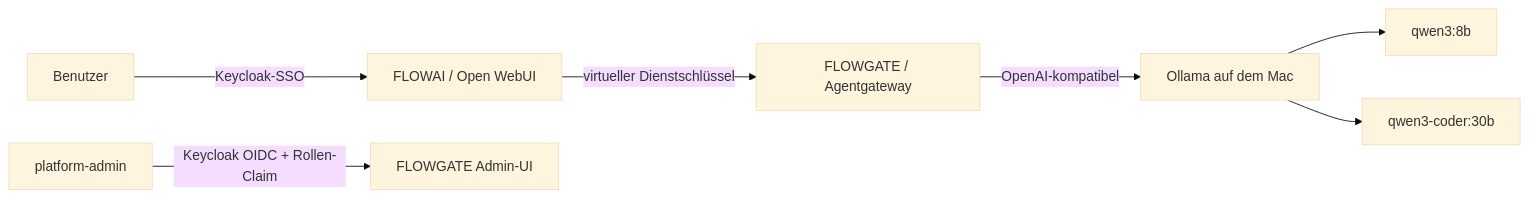
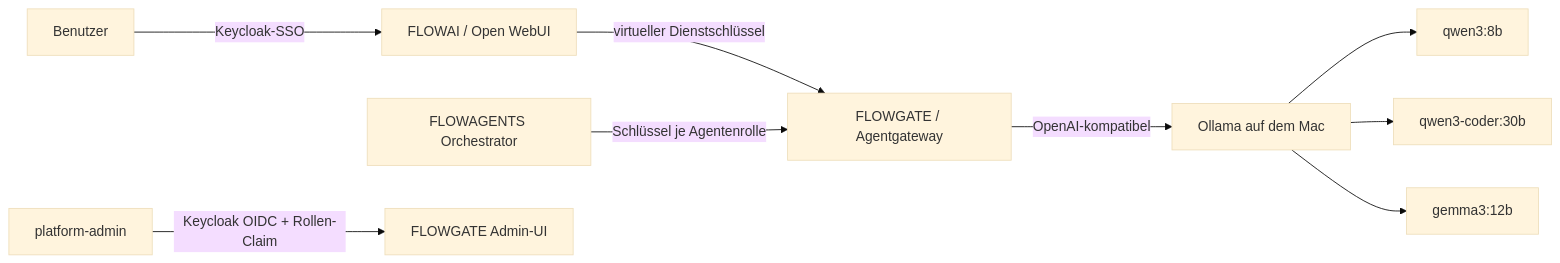
One commit to BasKjell/ERP_Eigenbau changed the diagram in docs/tools/admin/agentgateway.md. Above: the diagram before and after it, drawn with Mermaid (base theme). The commit also changed other lines of this file and 5 other files, not shown here.

First line of the commit message:
docs(architecture): KI-Gateway-Konzept SEC-AI-001 für FLOWGATE und lokale Modelle

````diff
--- a/docs/tools/admin/agentgateway.md
+++ b/docs/tools/admin/agentgateway.md
@@ -10,9 +10,11 @@
 ```mermaid
 flowchart LR
   U[Benutzer] -->|Keycloak-SSO| UI[FLOWAI / Open WebUI]
   UI -->|virtueller Dienstschlüssel| GW[FLOWGATE / Agentgateway]
+  AG[FLOWAGENTS Orchestrator] -->|Schlüssel je Agentenrolle| GW
   A[platform-admin] -->|Keycloak OIDC + Rollen-Claim| ADMIN[FLOWGATE Admin-UI]
   GW -->|OpenAI-kompatibel| O[Ollama auf dem Mac]
   O --> Q1[qwen3:8b]
   O --> Q2[qwen3-coder:30b]
+  O --> Q3[gemma3:12b]
 ```
````
